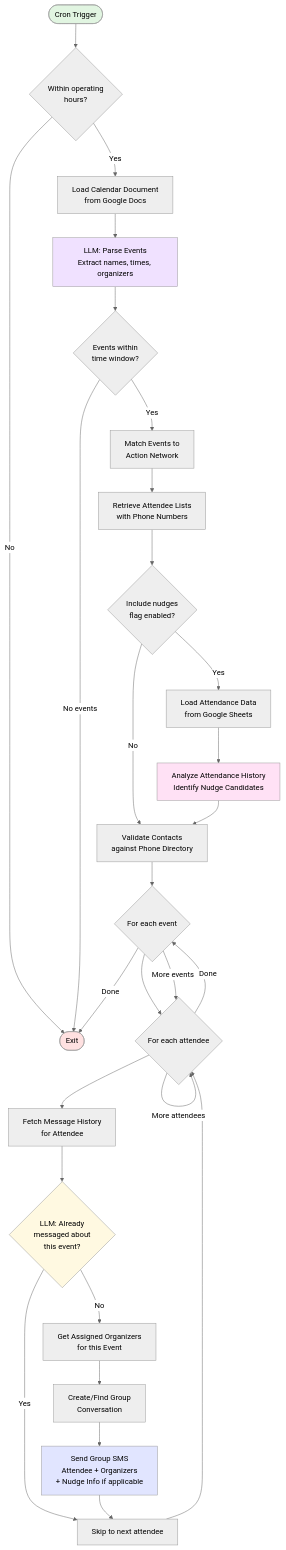
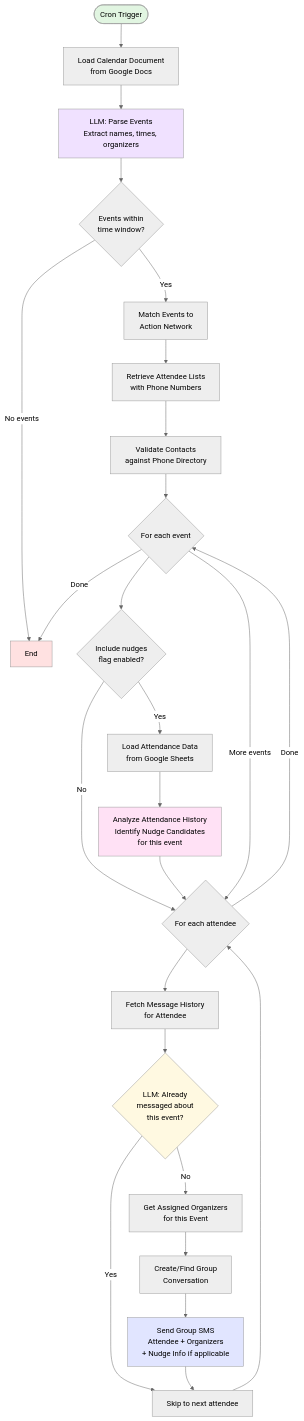
One commit to beauchbum/runbot changed the diagram in README.md. Above: the diagram before and after it, drawn with Mermaid (neutral theme).

````diff
--- a/README.md
+++ b/README.md
@@ -19,53 +19,50 @@
 ```mermaid
 flowchart TD
-    Start([Cron Trigger]) --> TimeCheck{Within operating<br/>hours?}
-    TimeCheck -->|No| End([Exit])
-    TimeCheck -->|Yes| LoadCalendar[Load Calendar Document<br/>from Google Docs]
+    Start([Cron Trigger]) --> LoadCalendar[Load Calendar Document<br/>from Google Docs]
 
     LoadCalendar --> ParseEvents[LLM: Parse Events<br/>Extract names, times, organizers]
 
     ParseEvents --> FilterEvents{Events within<br/>time window?}
     FilterEvents -->|No events| End
     FilterEvents -->|Yes| MatchAction[Match Events to<br/>Action Network]
 
     MatchAction --> GetAttendees[Retrieve Attendee Lists<br/>with Phone Numbers]
 
-    GetAttendees --> CheckNudges{Include nudges<br/>flag enabled?}
-    CheckNudges -->|Yes| LoadAttendance[Load Attendance Data<br/>from Google Sheets]
-    CheckNudges -->|No| ValidateContacts
-
-    LoadAttendance --> AnalyzeNudges[Analyze Attendance History<br/>Identify Nudge Candidates]
-
-    AnalyzeNudges --> ValidateContacts[Validate Contacts<br/>against Phone Directory]
+    GetAttendees --> ValidateContacts[Validate Contacts<br/>against Phone Directory]
 
     ValidateContacts --> LoopEvents{For each event}
 
-    LoopEvents --> LoopAttendees{For each attendee}
+    LoopEvents --> CheckNudges{Include nudges<br/>flag enabled?}
+    CheckNudges -->|Yes| LoadAttendance[Load Attendance Data<br/>from Google Sheets]
+    CheckNudges -->|No| LoopAttendees
+
+    LoadAttendance --> AnalyzeNudges[Analyze Attendance History<br/>Identify Nudge Candidates<br/>for this event]
+
+    AnalyzeNudges --> LoopAttendees{For each attendee}
 
     LoopAttendees --> FetchHistory[Fetch Message History<br/>for Attendee]
 
     FetchHistory --> CheckDupe{LLM: Already<br/>messaged about<br/>this event?}
 
     CheckDupe -->|Yes| NextAttendee[Skip to next attendee]
     CheckDupe -->|No| GetOrganizers[Get Assigned Organizers<br/>for this Event]
 
     GetOrganizers --> CreateGroup[Create/Find Group<br/>Conversation]
 
     CreateGroup --> SendMessage[Send Group SMS<br/>Attendee + Organizers<br/>+ Nudge Info if applicable]
 
     SendMessage --> NextAttendee
     NextAttendee --> LoopAttendees
 
-    LoopAttendees -->|More attendees| LoopAttendees
     LoopAttendees -->|Done| LoopEvents
 
     LoopEvents -->|More events| LoopAttendees
     LoopEvents -->|Done| End
 
     style Start fill:#e1f5e1
     style End fill:#ffe1e1
     style SendMessage fill:#e1e5ff
     style CheckDupe fill:#fff9e1
     style ParseEvents fill:#f0e1ff
     style AnalyzeNudges fill:#ffe1f5
 ```
````
